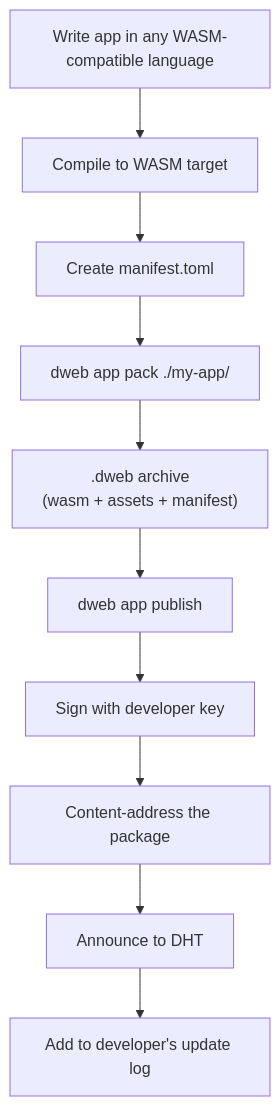
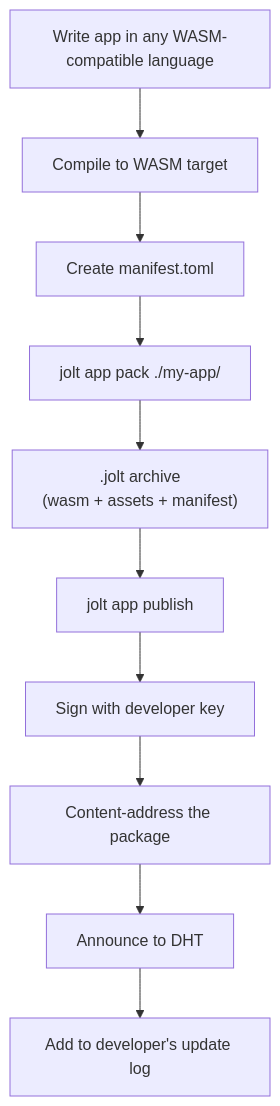
The first of 3 diagrams in docs/06-apps.md (alexanderwanyoike/jolt), drawn with Mermaid before and after one commit. The commit also changed other lines of this file and 148 other files, not shown here.

Commit message:
Rename dweb to jolt and improve daemon discovery

````diff
--- a/docs/06-apps.md
+++ b/docs/06-apps.md
@@ -135,14 +135,14 @@
 ```mermaid
 flowchart TD
     Write["Write app in any WASM-compatible language"]
     Write --> Compile["Compile to WASM target"]
     Compile --> Manifest["Create manifest.toml"]
-    Manifest --> Pack["dweb app pack ./my-app/"]
-    Pack --> DWEB[".dweb archive\n(wasm + assets + manifest)"]
-    DWEB --> Publish["dweb app publish"]
+    Manifest --> Pack["jolt app pack ./my-app/"]
+    Pack --> JOLT[".jolt archive\n(wasm + assets + manifest)"]
+    JOLT --> Publish["jolt app publish"]
 
     Publish --> Sign["Sign with developer key"]
     Sign --> CAddr["Content-address the package"]
     CAddr --> Announce["Announce to DHT"]
     Announce --> Log["Add to developer's update log"]
 ```
````
